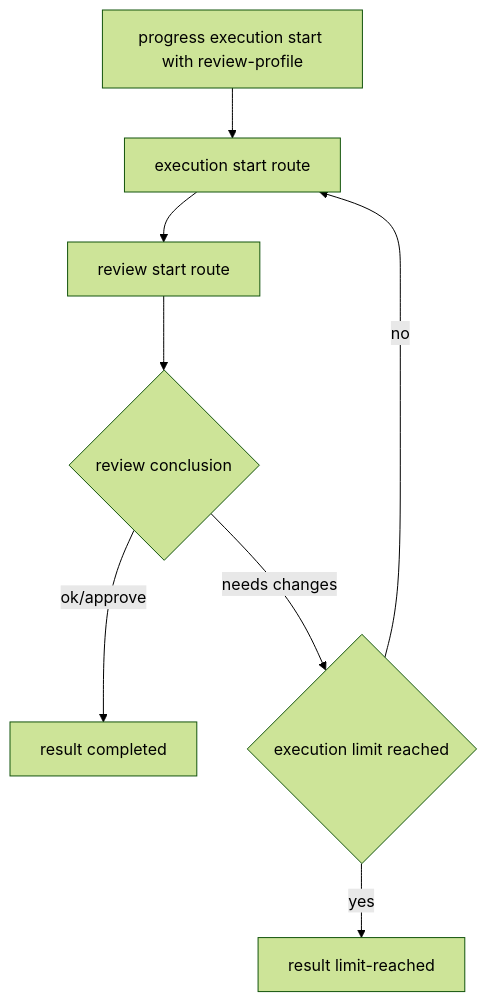
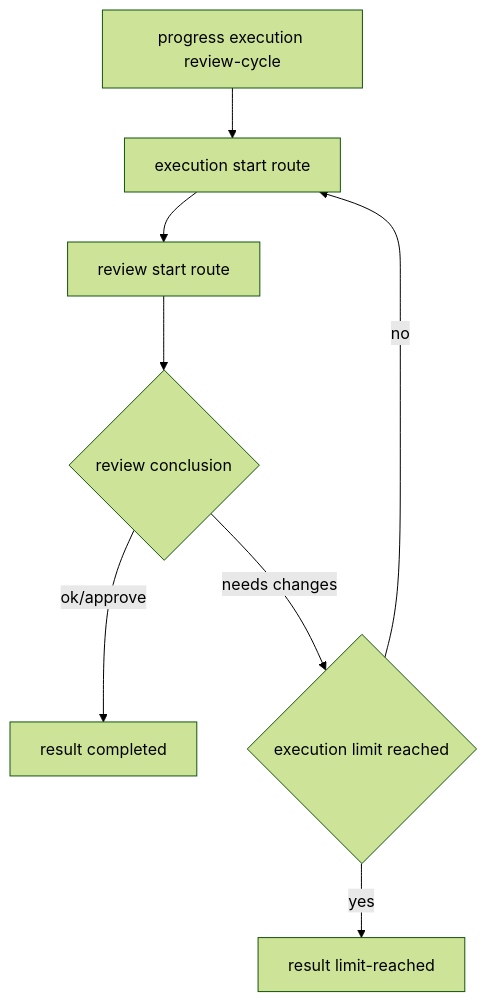
One commit to rasungatullin/progress changed the third of 8 diagrams in docs/contours/execution/CLI.md. Above: the diagram before and after it, drawn with Mermaid (forest theme). The commit also changed other lines of this file and 3 other files, not shown here.

Commit message:
Move review cycle to dedicated command

````diff
--- a/docs/contours/execution/CLI.md
+++ b/docs/contours/execution/CLI.md
@@ -280,10 +291,10 @@
 ```mermaid
 flowchart TD
-    A[progress execution start with review-profile] --> B[execution start route]
+    A[progress execution review-cycle] --> B[execution start route]
     B --> C[review start route]
     C --> D{review conclusion}
     D -- ok/approve --> E[result completed]
     D -- needs changes --> F{execution limit reached}
     F -- no --> B
     F -- yes --> G[result limit-reached]
 ```
````
